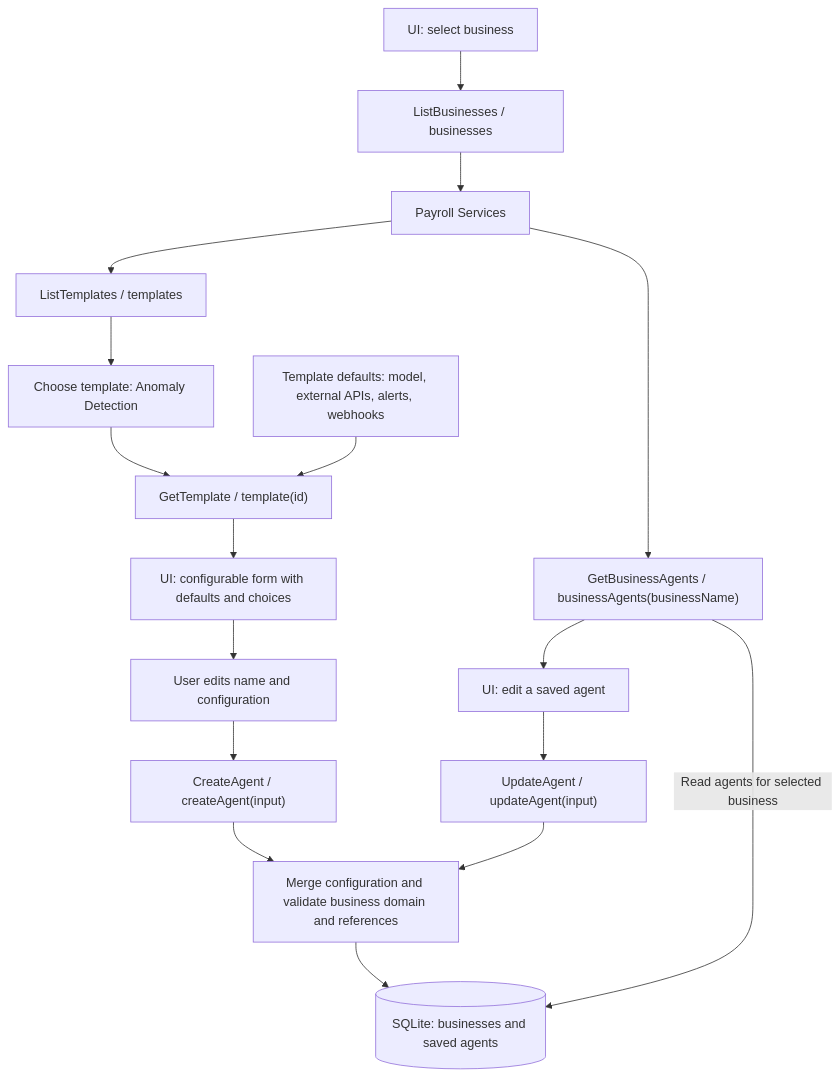
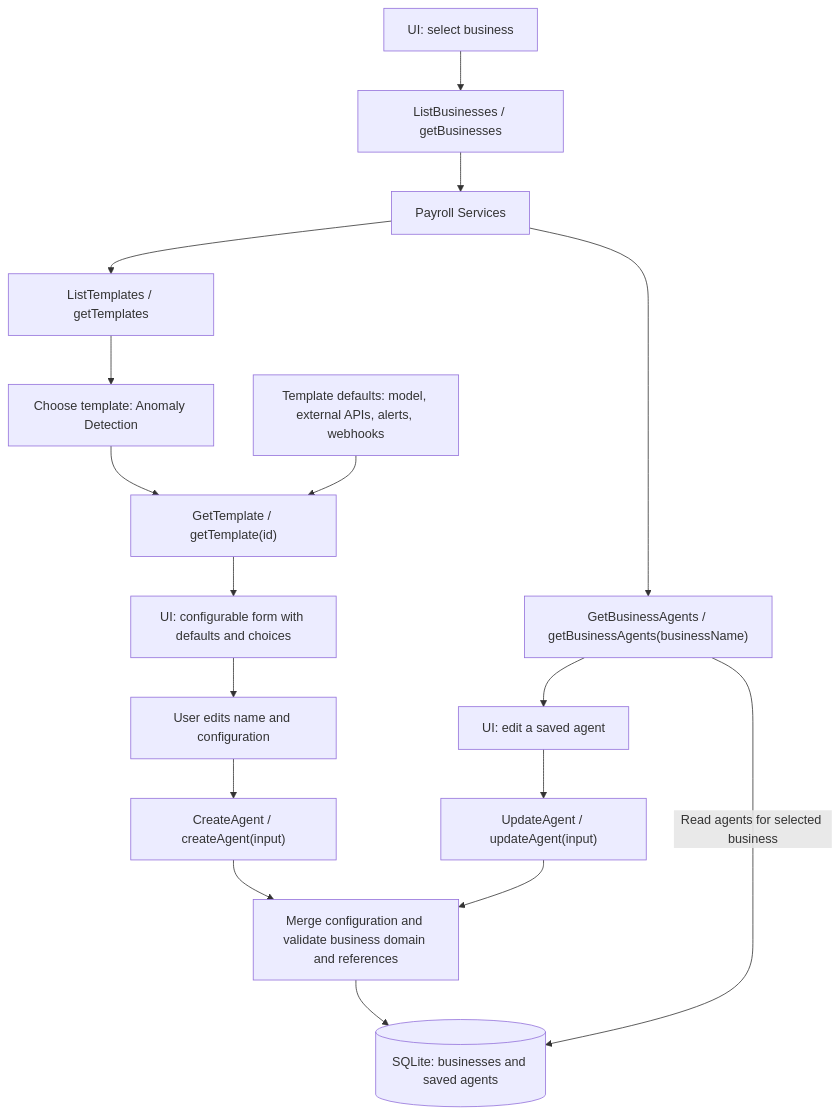
One commit to Tri-Hackathon-Inc/Payroll-Agent changed the first of 2 diagrams in backend/AGENTS.md. Above: the diagram before and after it, drawn with Mermaid. The commit also changed other lines of this file and 37 other files, not shown here.

````diff
--- a/backend/AGENTS.md
+++ b/backend/AGENTS.md
@@ -42,19 +43,19 @@
 ```mermaid
 flowchart TD
-    UI["UI: select business"] --> Businesses["ListBusinesses / businesses"]
+    UI["UI: select business"] --> Businesses["ListBusinesses / getBusinesses"]
     Businesses --> Business["Payroll Services"]
-    Business --> List["ListTemplates / templates"]
+    Business --> List["ListTemplates / getTemplates"]
     List --> Choose["Choose template: Anomaly Detection"]
-    Choose --> Detail["GetTemplate / template(id)"]
+    Choose --> Detail["GetTemplate / getTemplate(id)"]
     Config["Template defaults: model, external APIs, alerts, webhooks"] --> Detail
     Detail --> Form["UI: configurable form with defaults and choices"]
     Form --> Input["User edits name and configuration"]
     Input --> Create["CreateAgent / createAgent(input)"]
     Create --> Validate["Merge configuration and validate business domain and references"]
     Validate --> DB[("SQLite: businesses and saved agents")]
-    Business --> Agents["GetBusinessAgents / businessAgents(businessName)"]
+    Business --> Agents["GetBusinessAgents / getBusinessAgents(businessName)"]
     Agents -->|Read agents for selected business| DB
     Agents --> Edit["UI: edit a saved agent"]
     Edit --> Update["UpdateAgent / updateAgent(input)"]
     Update --> Validate
 ```
````
